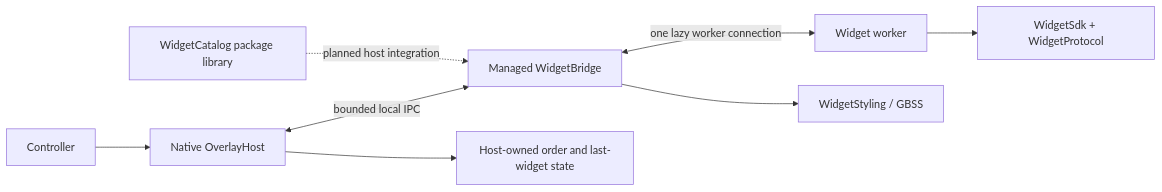
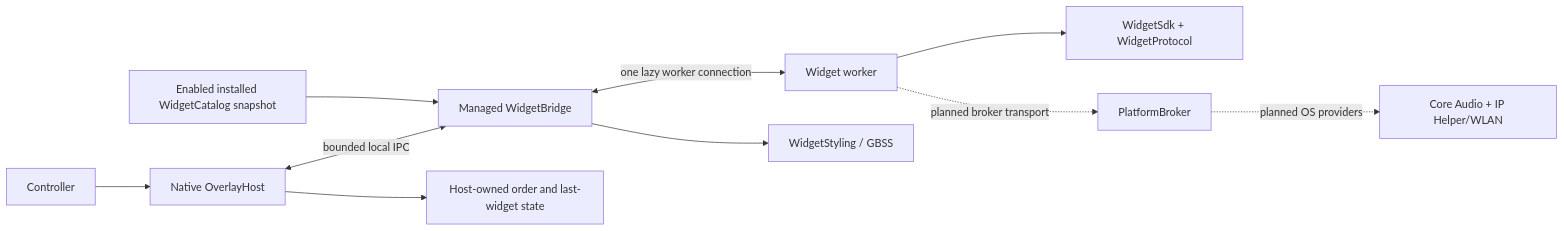
One commit to sandwi-dev/WidgetRail changed the diagram in docs/platform-architecture.md. Above: the diagram before and after it, drawn with Mermaid. The commit also changed other lines of this file and 36 other files, not shown here.

Commit message:
feat: contain and broker installed widgets

````diff
--- a/docs/platform-architecture.md
+++ b/docs/platform-architecture.md
@@ -10,10 +10,12 @@
 ```mermaid
 flowchart LR
     Controller["Controller"] --> Host["Native OverlayHost"]
     Host <-->|"bounded local IPC"| Bridge["Managed WidgetBridge"]
     Bridge <-->|"one lazy worker connection"| Worker["Widget worker"]
     Worker --> SDK["WidgetSdk + WidgetProtocol"]
     Bridge --> Styling["WidgetStyling / GBSS"]
+    Worker -. "planned broker transport" .-> Broker["PlatformBroker"]
+    Broker -. "planned OS providers" .-> Windows["Core Audio + IP Helper/WLAN"]
     Host --> State["Host-owned order and last-widget state"]
-    Catalog["WidgetCatalog package library"] -. "planned host integration" .-> Bridge
+    Catalog["Enabled installed WidgetCatalog snapshot"] --> Bridge
 ```
````
